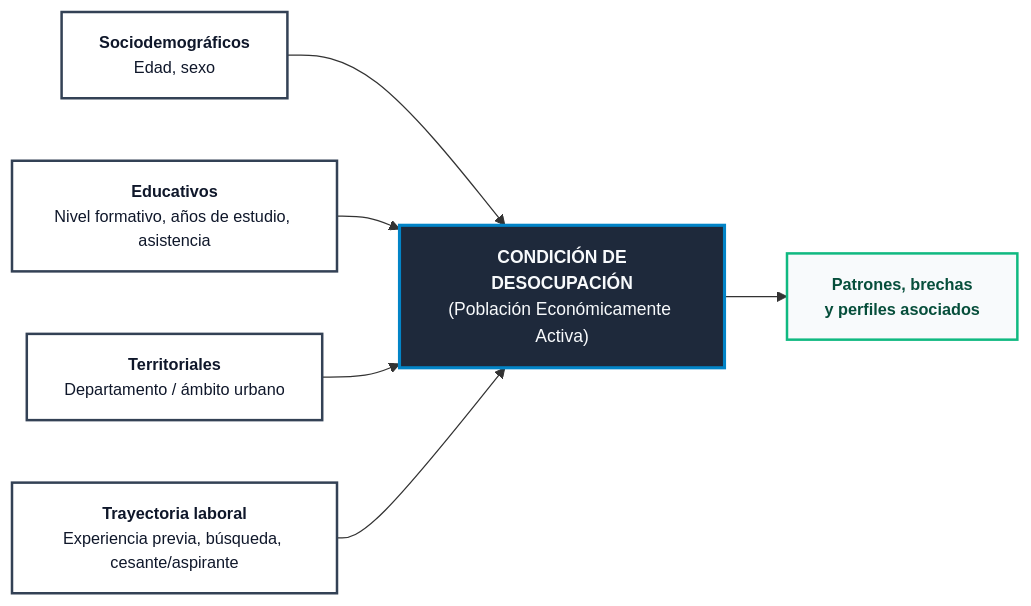
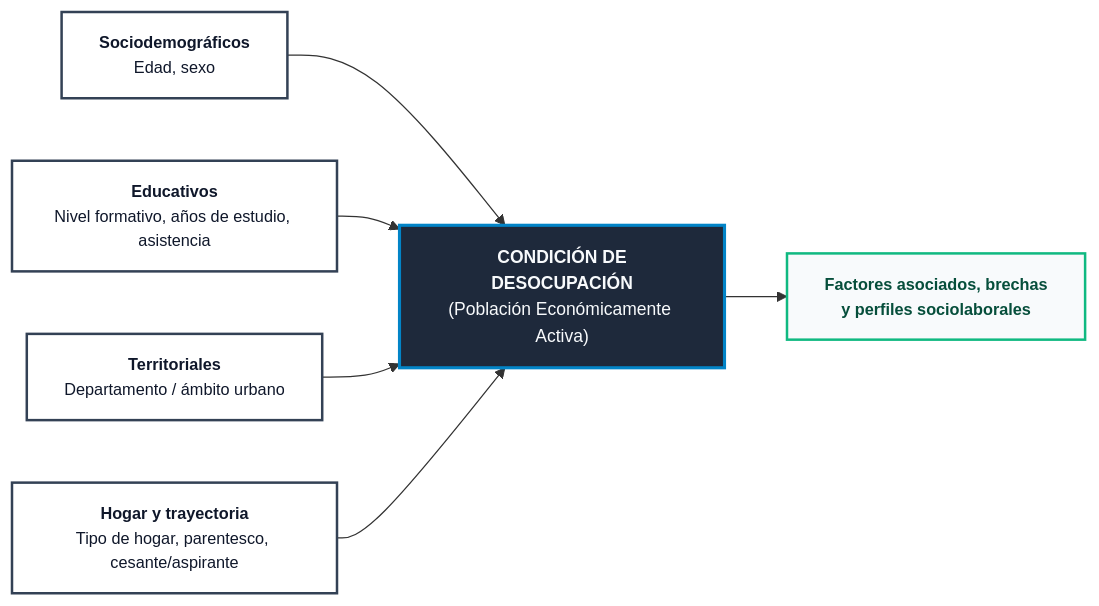
Before and after one commit to Franz-Gonzales/Proyecto-Final-Data-Science: the second of 6 diagrams in docs/Proyecto_Monografia_Data_Science_Desocupacion_Juvenil_Bolivia.docx.md, drawn with Mermaid. The commit also changed other lines of this file and 3 other files, not shown here.

````diff
--- a/docs/Proyecto_Monografia_Data_Science_Desocupacion_Juvenil_Bolivia.docx.md
+++ b/docs/Proyecto_Monografia_Data_Science_Desocupacion_Juvenil_Bolivia.docx.md
@@ -595,20 +605,20 @@
 ```mermaid
 flowchart LR
     classDef leftBox fill:#FFFFFF,stroke:#334155,stroke-width:2px,color:#0F172A,font-size:13px;
     classDef centerBox fill:#1E293B,stroke:#0284C7,stroke-width:2.5px,color:#F8FAFC,font-size:14px;
     classDef rightBox fill:#F8FAFC,stroke:#10B981,stroke-width:2px,color:#064E3B,font-size:13px;
 
     D1["<b>Sociodemográficos</b><br/>Edad, sexo"]:::leftBox
     D2["<b>Educativos</b><br/>Nivel formativo, años de estudio, asistencia"]:::leftBox
     D3["<b>Territoriales</b><br/>Departamento / ámbito urbano"]:::leftBox
-    D4["<b>Trayectoria laboral</b><br/>Experiencia previa, búsqueda, cesante/aspirante"]:::leftBox
+    D4["<b>Hogar y trayectoria</b><br/>Tipo de hogar, parentesco, cesante/aspirante"]:::leftBox
 
     CORE["<b>CONDICIÓN DE<br/>DESOCUPACIÓN</b><br/>(Población Económicamente Activa)"]:::centerBox
-    RES["<b>Patrones, brechas<br/>y perfiles asociados</b>"]:::rightBox
+    RES["<b>Factores asociados, brechas<br/>y perfiles sociolaborales</b>"]:::rightBox
 
     D1 --> CORE
     D2 --> CORE
     D3 --> CORE
     D4 --> CORE
     CORE --> RES
 ```
````
